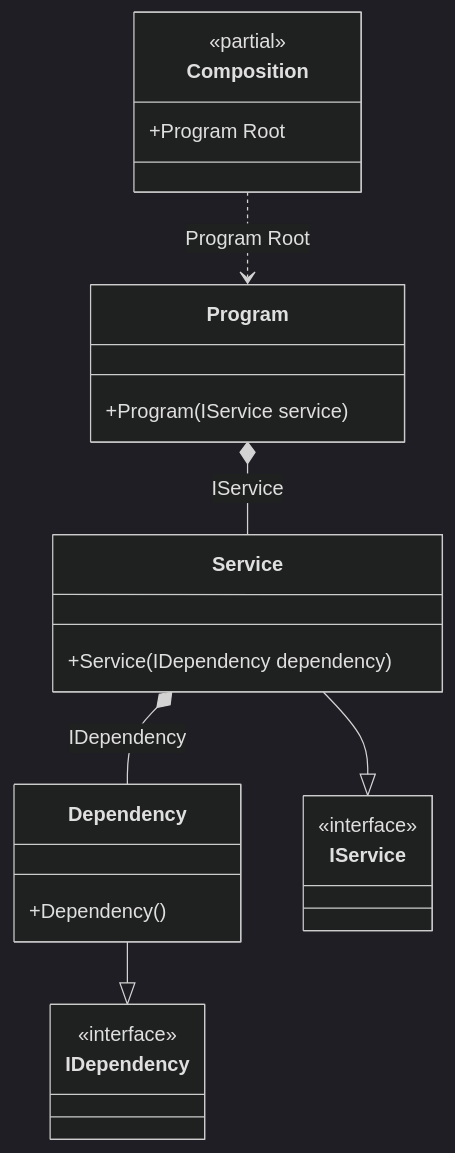
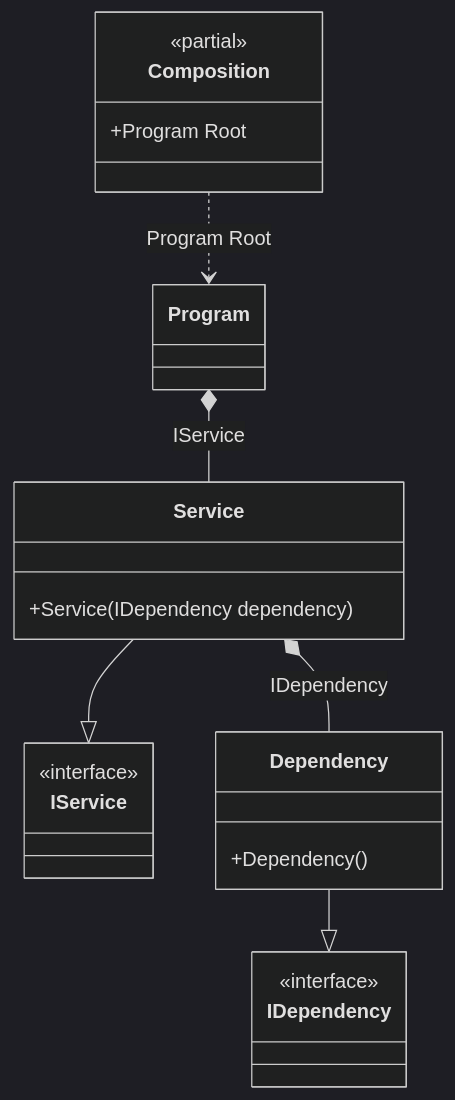
The diagram in readme/injections-of-abstractions.md (DevTeam/Pure.DI), drawn with Mermaid (dark theme) before and after one commit. The commit also changed 92 other files, not shown here.

````diff
--- a/readme/injections-of-abstractions.md
+++ b/readme/injections-of-abstractions.md
@@ -83,27 +83,24 @@
 ```mermaid
 classDiagram
 	class Composition {
 		<<partial>>
 		+Program Root
 	}
-	class Program {
-		+Program(IService service)
+	Service --|> IService
+	class Service {
+		+Service(IDependency dependency)
 	}
 	Dependency --|> IDependency
 	class Dependency {
 		+Dependency()
 	}
-	Service --|> IService
-	class Service {
-		+Service(IDependency dependency)
+	class IService {
+		<<interface>>
 	}
 	class IDependency {
 		<<interface>>
 	}
-	class IService {
-		<<interface>>
-	}
+	Composition ..> Program : Program Root
 	Program *--  Service : IService
-	Composition ..> Program : Program Root
 	Service *--  Dependency : IDependency
 ```
````
